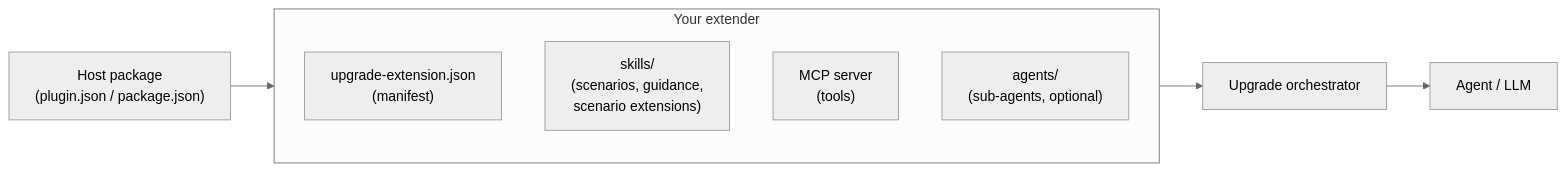
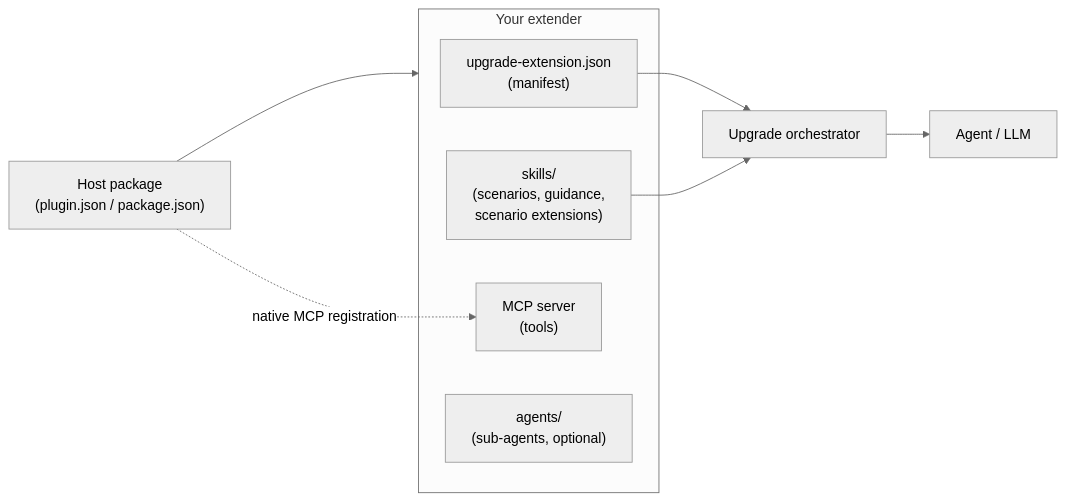
The diagram in README.md (microsoft/upgrade-agent-samples), drawn with Mermaid (neutral theme) before and after one commit. The commit also changed other lines of this file and 14 other files, not shown here.

First line of the commit message:
Clarify host-specific MCP configuration for Upgrade extenders (#8)

````diff
--- a/README.md
+++ b/README.md
@@ -68,12 +75,14 @@
 ```mermaid
 flowchart LR
     subgraph Extender["Your extender"]
         M["upgrade-extension.json<br/>(manifest)"]
         S["skills/<br/>(scenarios, guidance,<br/>scenario extensions)"]
         T["MCP server<br/>(tools)"]
         A["agents/<br/>(sub-agents, optional)"]
     end
     P["Host package<br/>(plugin.json / package.json)"] --> Extender
-    Extender --> ORCH["Upgrade orchestrator"]
+    M --> ORCH["Upgrade orchestrator"]
+    S --> ORCH
+    P -. "native MCP registration" .-> T
     ORCH --> LLM["Agent / LLM"]
 ```
````
